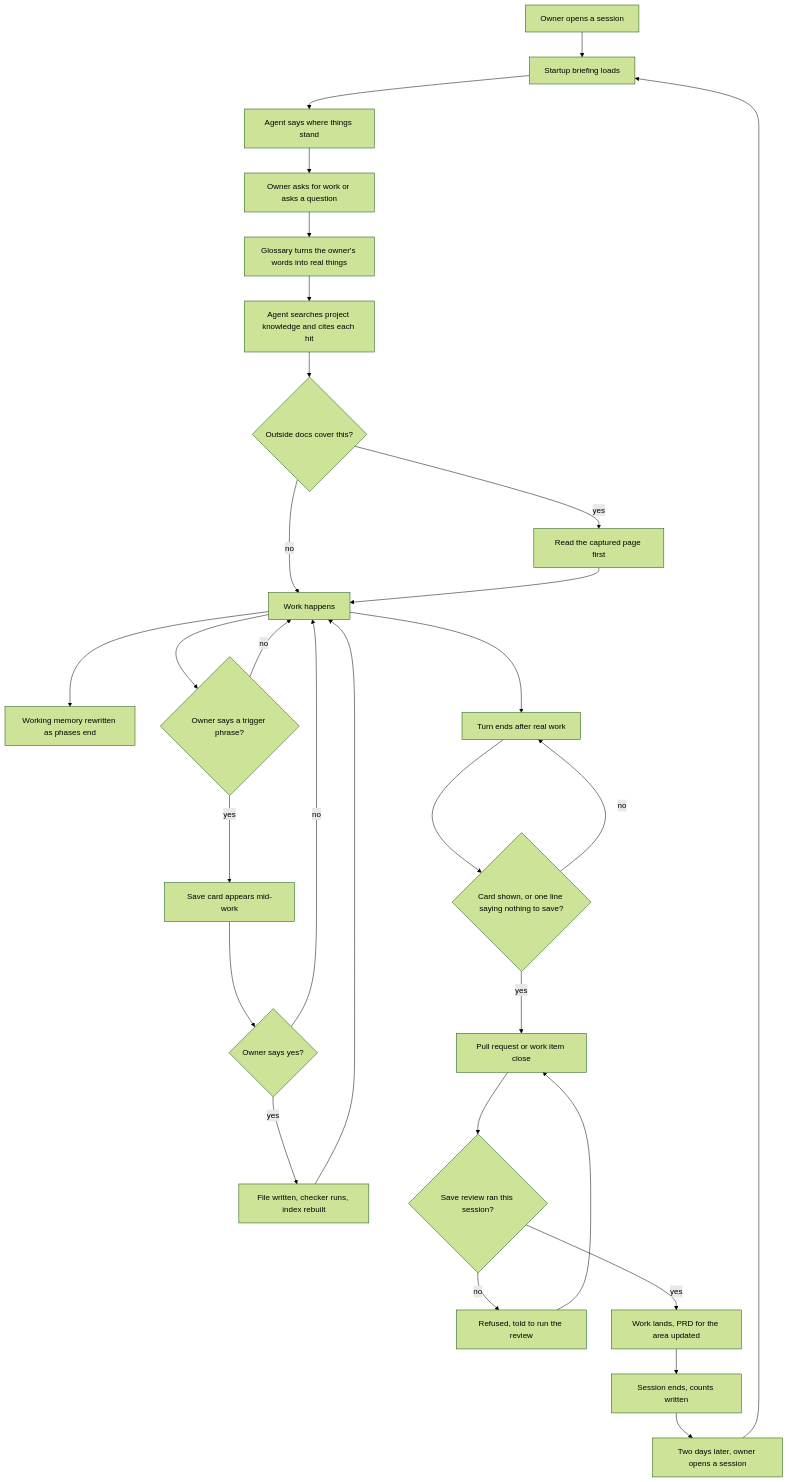
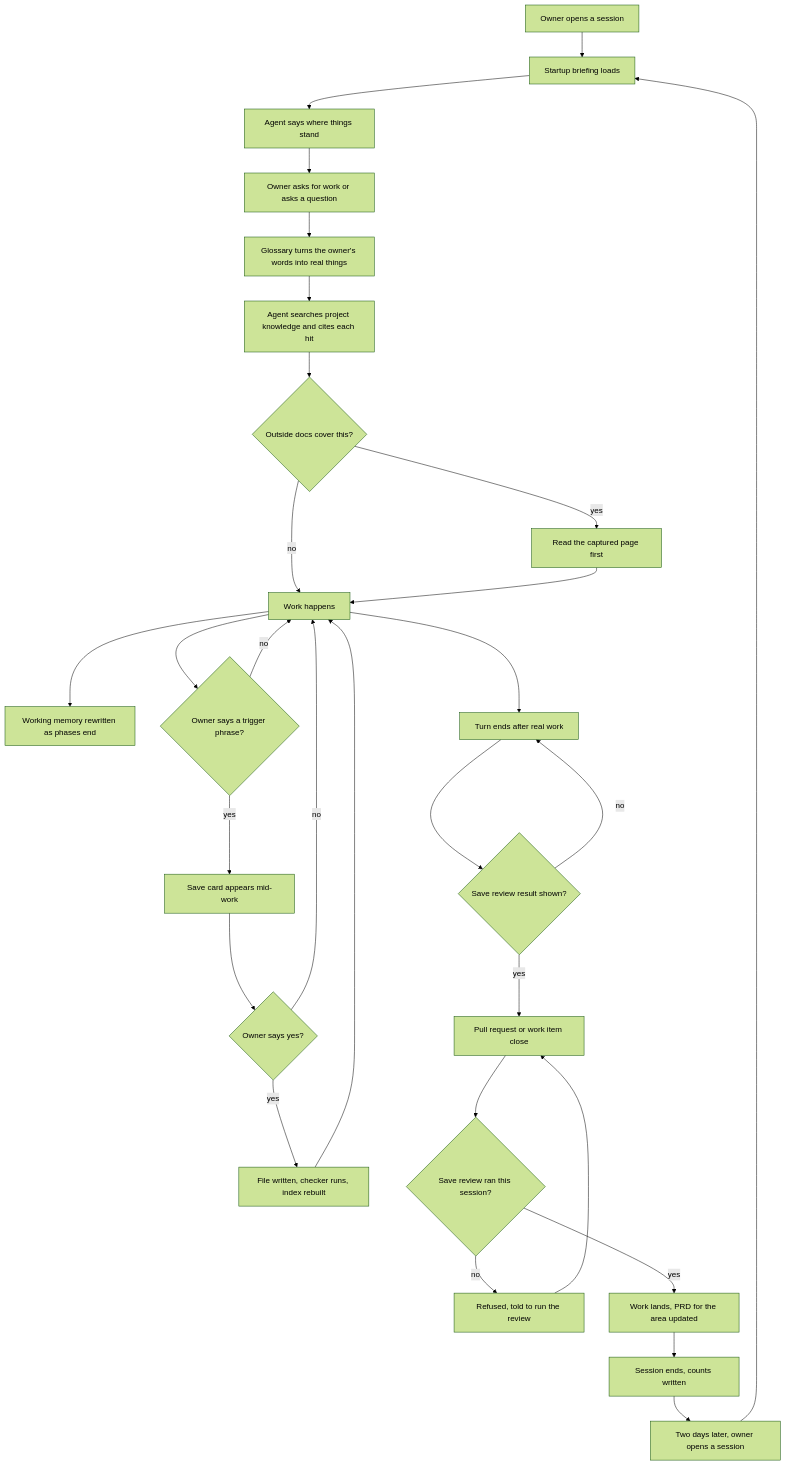
Before and after one commit to Mar5929/claude-toolkit: the diagram in knowledge/prds/knowledge-system.md, drawn with Mermaid (forest theme). The commit also changed other lines of this file and 1 other file, not shown here.

````diff
--- a/knowledge/prds/knowledge-system.md
+++ b/knowledge/prds/knowledge-system.md
@@ -134,31 +135,31 @@
 ```mermaid
 flowchart TD
     A[Owner opens a session] --> B[Startup briefing loads]
     B --> C[Agent says where things stand]
     C --> D[Owner asks for work or asks a question]
     D --> E[Glossary turns the owner's words into real things]
     E --> F[Agent searches project knowledge and cites each hit]
     F --> G{Outside docs cover this?}
     G -- yes --> H[Read the captured page first]
     G -- no --> I
     H --> I[Work happens]
     I --> J[Working memory rewritten as phases end]
     I --> K{Owner says a trigger phrase?}
     K -- yes --> L[Save card appears mid-work]
     L --> M{Owner says yes?}
     M -- yes --> N[File written, checker runs, index rebuilt]
     M -- no --> I
     N --> I
     K -- no --> I
     I --> O[Turn ends after real work]
-    O --> P{Card shown, or one line saying nothing to save?}
+    O --> P{Save review result shown?}
     P -- no --> O
     P -- yes --> Q[Pull request or work item close]
     Q --> R{Save review ran this session?}
     R -- no --> S[Refused, told to run the review]
     S --> Q
     R -- yes --> T[Work lands, PRD for the area updated]
     T --> U[Session ends, counts written]
     U --> V[Two days later, owner opens a session]
     V --> B
 ```
````
